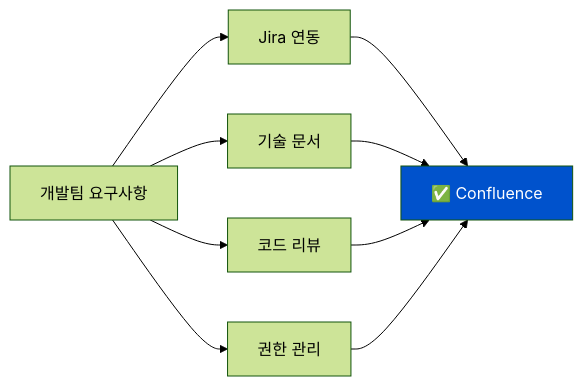
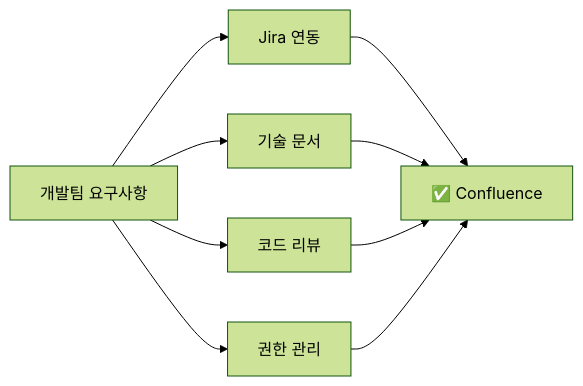
Diagram 13 of 20 in _md/genai-notion/chapter06/06-2.md (nugurejeil/weniVooks), drawn with Mermaid (forest theme) before and after one commit. The commit also changed other lines of this file and 187 other files, not shown here.

````diff
--- a/_md/genai-notion/chapter06/06-2.md
+++ b/_md/genai-notion/chapter06/06-2.md
@@ -639,14 +620,12 @@
 ```mermaid
 graph LR
     A[개발팀 요구사항] --> B[Jira 연동]
     A --> C[기술 문서]
     A --> D[코드 리뷰]
     A --> E[권한 관리]
 
     B --> F[✅ Confluence]
     C --> F
     D --> F
     E --> F
-
-    style F fill:#0052CC,color:#fff
 ```
````
